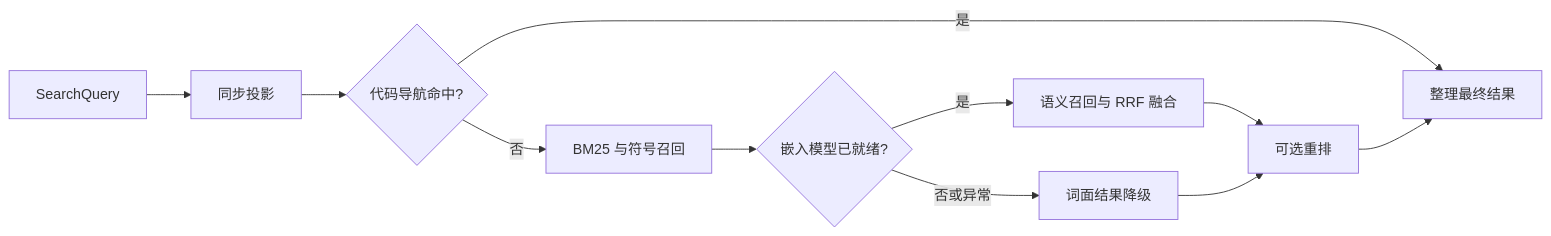
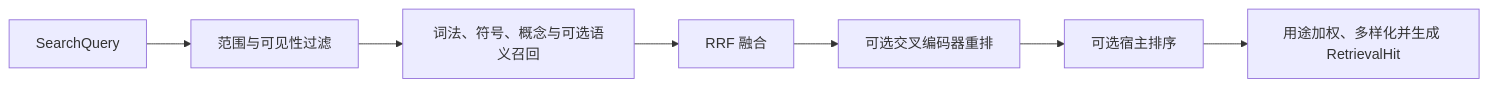
Before and after one commit to lejunyang/omem: the diagram in .repo-review/knowledge/articles/0f4c98f99ec08ee9f67bc4c9abbbec7193e9e0c6a38384e2306d9c1cf84a9f03.md, drawn with Mermaid. The commit also changed other lines of this file and 1 other file, not shown here.

Commit message:
refresh shared retrieval note with concept recall and verified scope conditions

````diff
--- a/.repo-review/knowledge/articles/0f4c98f99ec08ee9f67bc4c9abbbec7193e9e0c6a38384e2306d9c1cf84a9f03.md
+++ b/.repo-review/knowledge/articles/0f4c98f99ec08ee9f67bc4c9abbbec7193e9e0c6a38384e2306d9c1cf84a9f03.md
@@ -21,13 +19,9 @@
 ```mermaid
 flowchart LR
-  Q[SearchQuery] --> S[同步投影]
-  S --> N{代码导航命中?}
-  N -->|是| F[整理最终结果]
-  N -->|否| L[BM25 与符号召回]
-  L --> V{嵌入模型已就绪?}
-  V -->|是| H[语义召回与 RRF 融合]
-  V -->|否或异常| R[词面结果降级]
-  H --> R2[可选重排]
-  R --> R2
-  R2 --> F
+  Q[SearchQuery] --> F[范围与可见性过滤]
+  F --> R[词法、符号、概念与可选语义召回]
+  R --> U[RRF 融合]
+  U --> X[可选交叉编码器重排]
+  X --> H[可选宿主排序]
+  H --> O[用途加权、多样化并生成 RetrievalHit]
 ```
````
